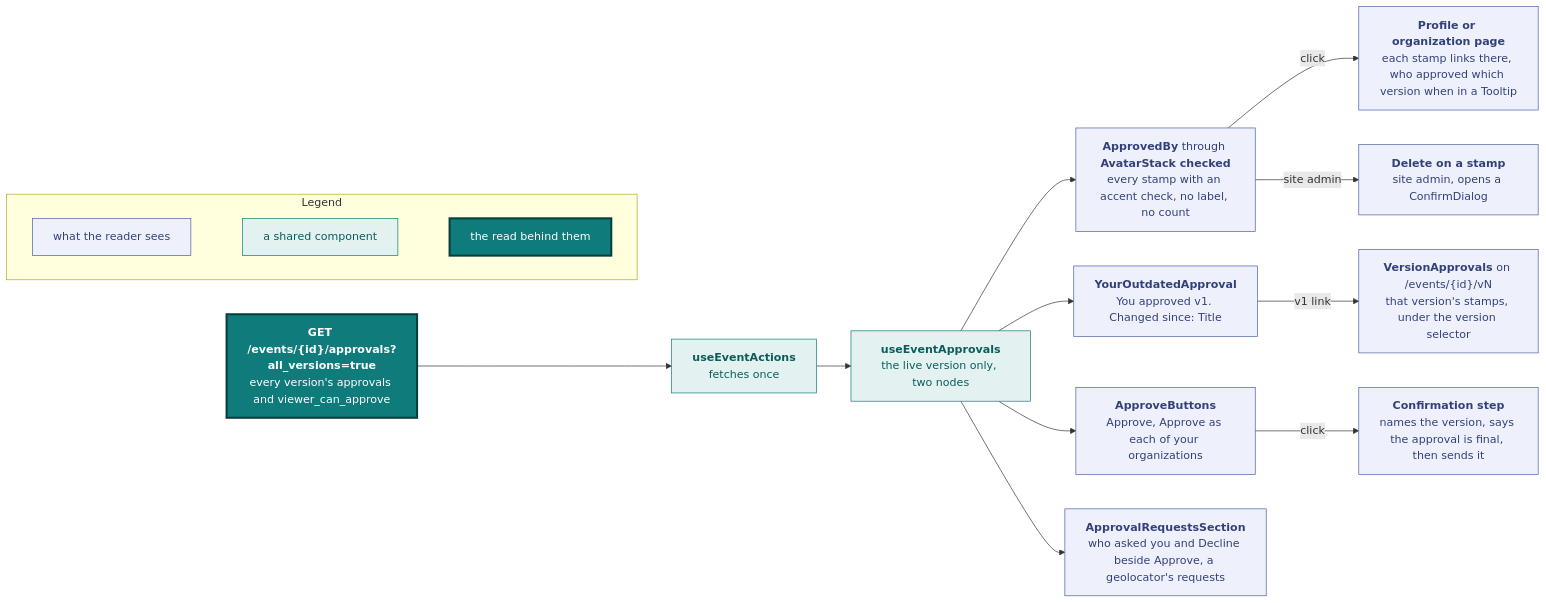
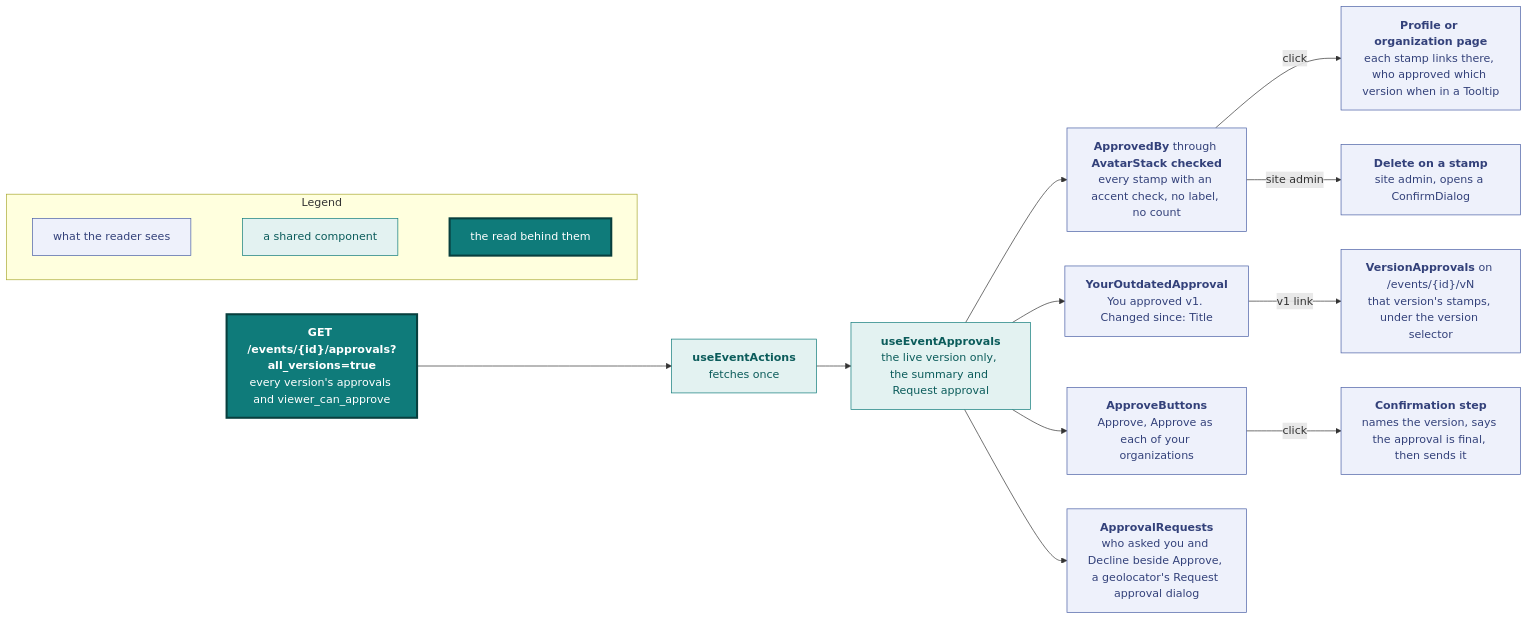
The eighth of 13 diagrams in docs/design.md (vidithq/vidit), drawn with Mermaid before and after one commit. The commit also changed other lines of this file and 11 other files, not shown here.

First line of the commit message:
feat(frontend): ask for approval from a Request approval action

````diff
--- a/docs/design.md
+++ b/docs/design.md
@@ -824,47 +825,47 @@
 ```mermaid
 flowchart LR
   classDef spec fill:#eef1fb,stroke:#4a5fa5,color:#33417a
   classDef shared fill:#e3f2f1,stroke:#0f7b7a,color:#0b5c5b
   classDef core fill:#0f7b7a,stroke:#083f3e,stroke-width:3px,color:#ffffff
 
   subgraph legend [Legend]
     direction LR
     l1["`what the reader sees`"]:::spec
     l2["`a shared component`"]:::shared
     l3["`the read behind them`"]:::core
     l1 ~~~ l2 ~~~ l3
   end
 
   read["`**GET /events/{id}/approvals?all_versions=true**
   every version's approvals and viewer_can_approve`"]:::core
   hook["`**useEventActions**
   fetches once`"]:::shared
   card["`**useEventApprovals**
-  the live version only, two nodes`"]:::shared
+  the live version only, the summary and Request approval`"]:::shared
   stamps["`**ApprovedBy** through **AvatarStack checked**
   every stamp with an accent check, no label, no count`"]:::spec
   page["`**Profile or organization page**
   each stamp links there, who approved which version when in a Tooltip`"]:::spec
   own["`**YourOutdatedApproval**
   You approved v1. Changed since: Title`"]:::spec
   approve["`**ApproveButtons**
   Approve, Approve as each of your organizations`"]:::spec
   confirm["`**Confirmation step**
   names the version, says the approval is final, then sends it`"]:::spec
-  requests["`**ApprovalRequestsSection**
-  who asked you and Decline beside Approve, a geolocator's requests`"]:::spec
+  requests["`**ApprovalRequests**
+  who asked you and Decline beside Approve, a geolocator's Request approval dialog`"]:::spec
   remove["`**Delete on a stamp**
   site admin, opens a ConfirmDialog`"]:::spec
   vn["`**VersionApprovals** on /events/{id}/vN
   that version's stamps, under the version selector`"]:::spec
 
   read --> hook --> card
   card --> stamps
   card --> own
   card --> approve
   card --> requests
   stamps -->|"click"| page
   stamps -->|"site admin"| remove
   approve -->|"click"| confirm
   own -->|"v1 link"| vn
 ```
````
